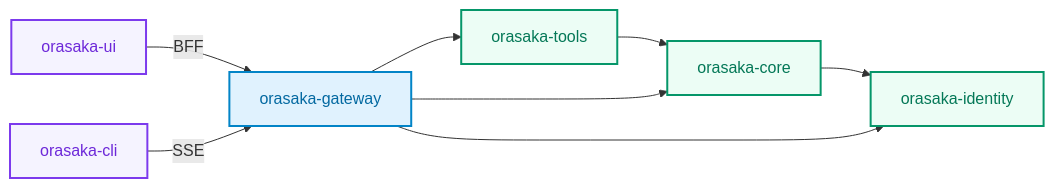
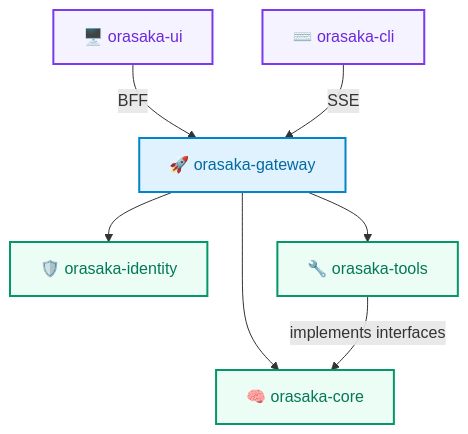
Before and after one commit to oussamaABID/orasaka: the diagram in README.md, drawn with Mermaid. The commit also changed other lines of this file and 3 other files, not shown here.

````diff
--- a/README.md
+++ b/README.md
@@ -43,18 +89,17 @@
 ```mermaid
-graph LR
-    core[orasaka-core] --> identity[orasaka-identity]
-    tools[orasaka-tools] --> core
-    gateway[orasaka-gateway] --> core
-    gateway --> identity
-    gateway --> tools
-    ui[orasaka-ui] -->|BFF| gateway
-    cli[orasaka-cli] -->|SSE| gateway
+graph TD
+    ui["🖥️ orasaka-ui"] -->|BFF| gateway["🚀 orasaka-gateway"]
+    cli["⌨️ orasaka-cli"] -->|SSE| gateway
+    gateway --> core["🧠 orasaka-core"]
+    gateway --> identity["🛡️ orasaka-identity"]
+    gateway --> tools["🔧 orasaka-tools"]
+    tools -->|implements interfaces| core
 
     classDef lib fill:#ecfdf5,stroke:#059669,stroke-width:2px,color:#047857;
     classDef app fill:#e0f2fe,stroke:#0284c7,stroke-width:2px,color:#0369a1;
     classDef fe fill:#f5f3ff,stroke:#7c3aed,stroke-width:2px,color:#6d28d9;
 
     class core,identity,tools lib;
     class gateway app;
     class ui,cli fe;
 ```
````
